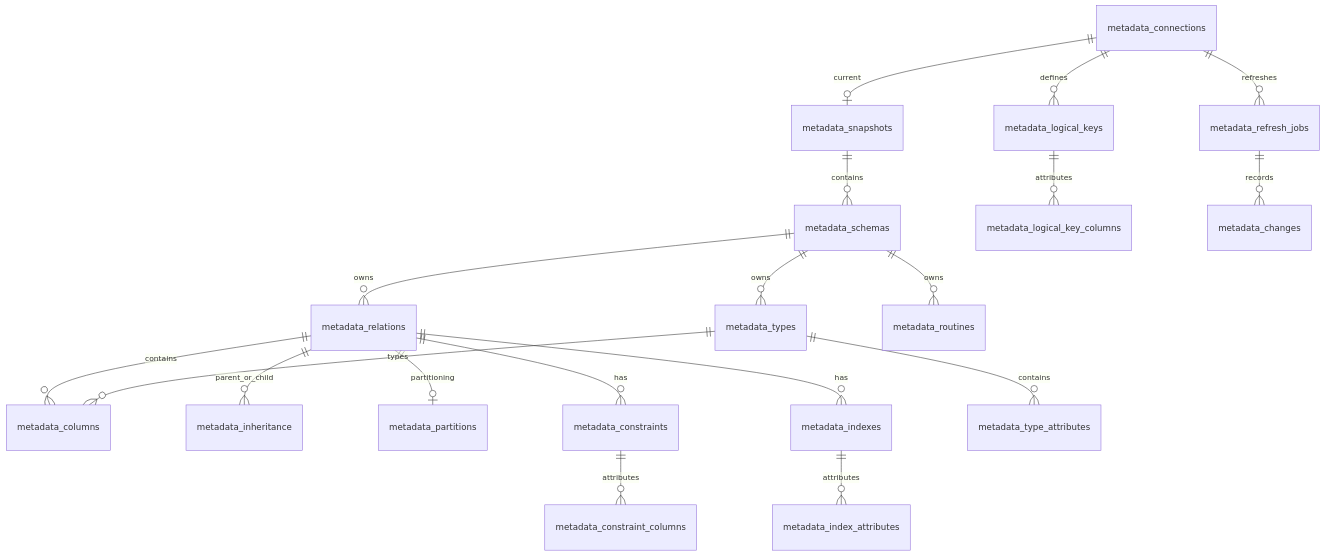
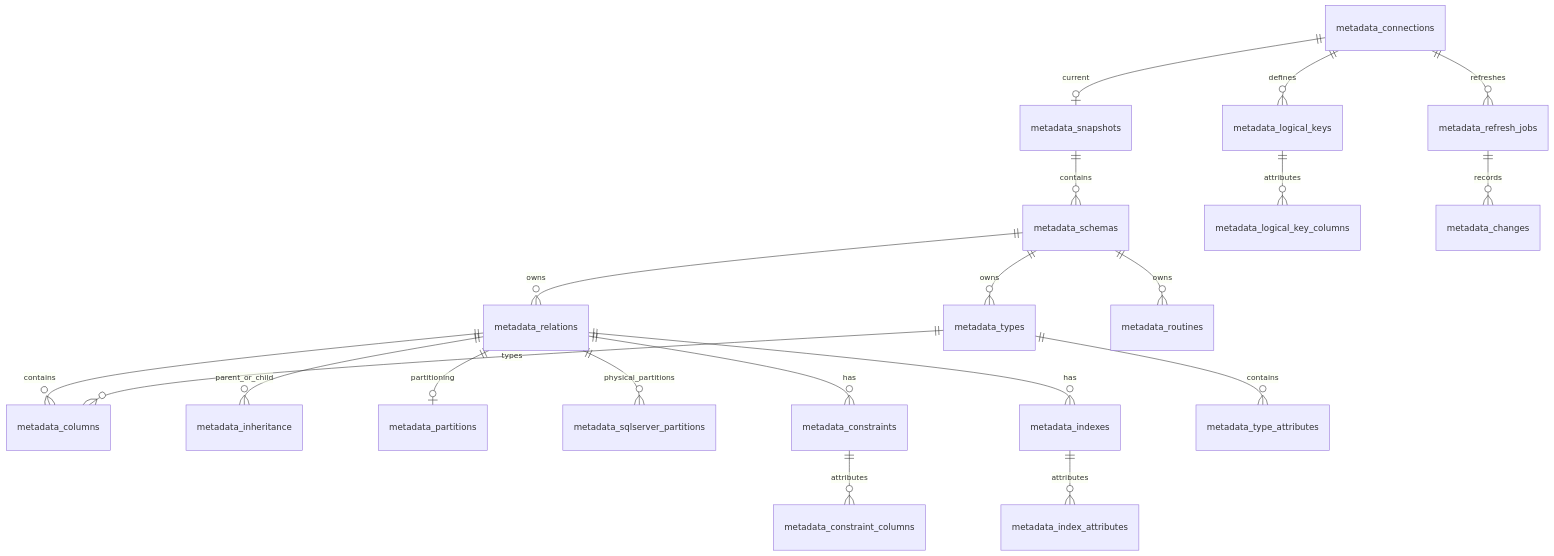
Before and after one commit to flexserg/dbms_metadata: the diagram in docs/relational-model.md, drawn with Mermaid. The commit also changed other lines of this file and 19 other files, not shown here.

````diff
--- a/docs/relational-model.md
+++ b/docs/relational-model.md
@@ -23,21 +24,22 @@
 ```mermaid
 erDiagram
   metadata_connections ||--o| metadata_snapshots : current
   metadata_snapshots ||--o{ metadata_schemas : contains
   metadata_schemas ||--o{ metadata_relations : owns
   metadata_schemas ||--o{ metadata_types : owns
   metadata_schemas ||--o{ metadata_routines : owns
   metadata_relations ||--o{ metadata_columns : contains
   metadata_relations ||--o{ metadata_inheritance : parent_or_child
   metadata_relations ||--o| metadata_partitions : partitioning
+  metadata_relations ||--o{ metadata_sqlserver_partitions : physical_partitions
   metadata_relations ||--o{ metadata_constraints : has
   metadata_constraints ||--o{ metadata_constraint_columns : attributes
   metadata_relations ||--o{ metadata_indexes : has
   metadata_indexes ||--o{ metadata_index_attributes : attributes
   metadata_types ||--o{ metadata_columns : types
   metadata_types ||--o{ metadata_type_attributes : contains
   metadata_connections ||--o{ metadata_logical_keys : defines
   metadata_logical_keys ||--o{ metadata_logical_key_columns : attributes
   metadata_connections ||--o{ metadata_refresh_jobs : refreshes
   metadata_refresh_jobs ||--o{ metadata_changes : records
 ```
````
